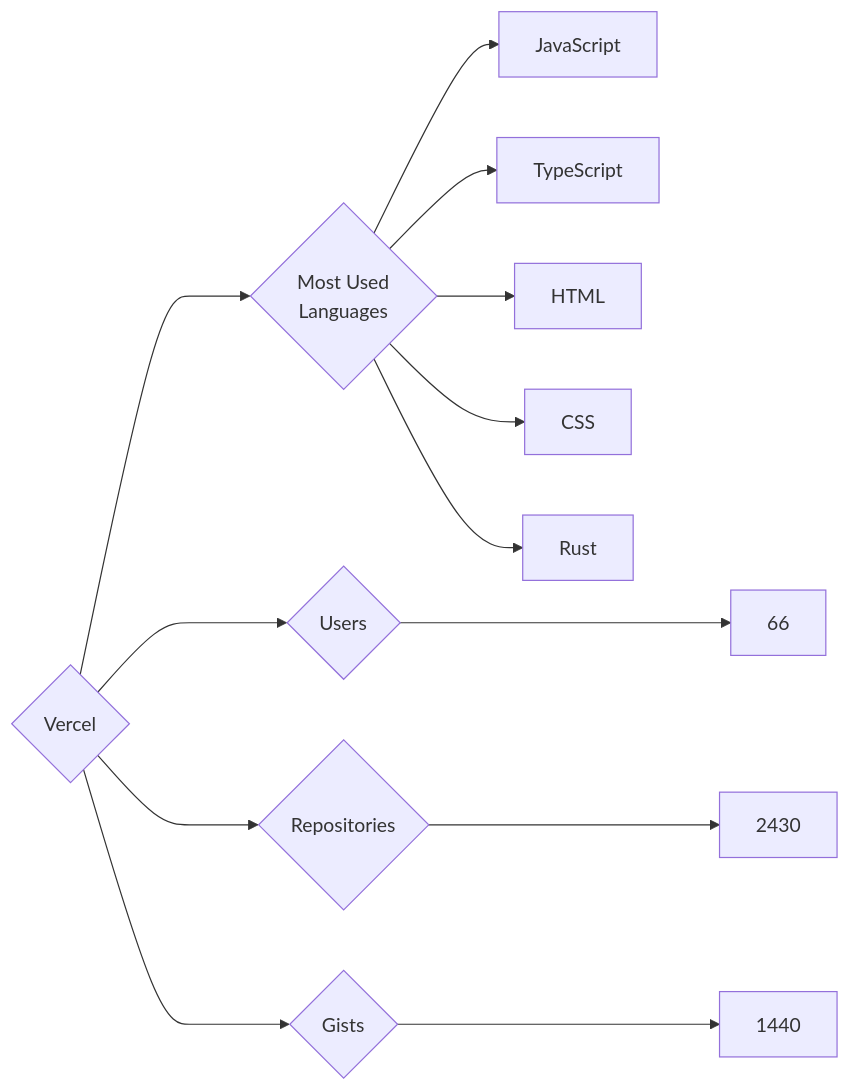
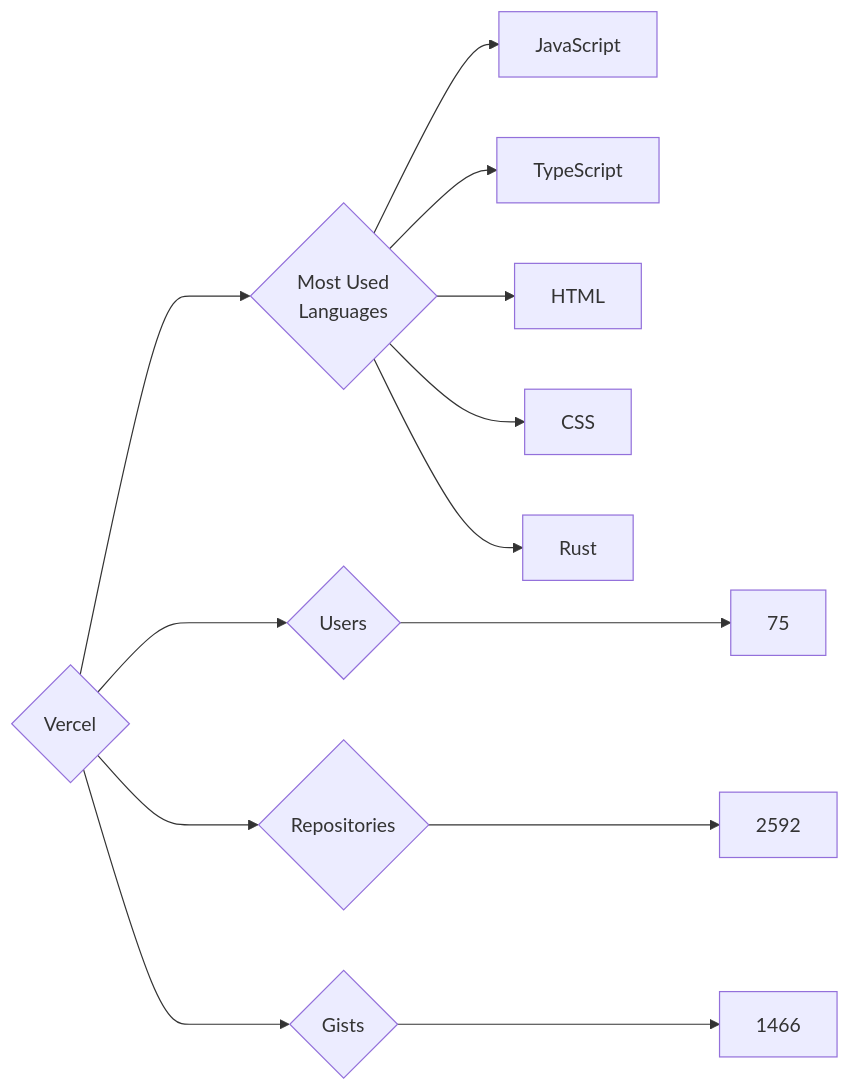
The diagram in targets/Vercel/README.md (trickest/insiders), drawn with Mermaid before and after one commit. The commit also changed 920 other files, not shown here.

````diff
--- a/targets/Vercel/README.md
+++ b/targets/Vercel/README.md
@@ -3,13 +3,13 @@
 ```mermaid
 graph LR
 COMPANY_NAME{Vercel}
-COMPANY_NAME ---> U{Users} ---> UN[66]
-COMPANY_NAME ---> R{Repositories} ---> RN[2430]
-COMPANY_NAME ---> G{Gists} ---> GN[1440]
+COMPANY_NAME ---> U{Users} ---> UN[75]
+COMPANY_NAME ---> R{Repositories} ---> RN[2592]
+COMPANY_NAME ---> G{Gists} ---> GN[1466]
 COMPANY_NAME ---> ML{Most Used<br>Languages}
 ML --> JavaScript[JavaScript]
 ML --> TypeScript[TypeScript]
 ML --> HTML[HTML]
 ML --> CSS[CSS]
 ML --> Rust[Rust]
 ```
````
